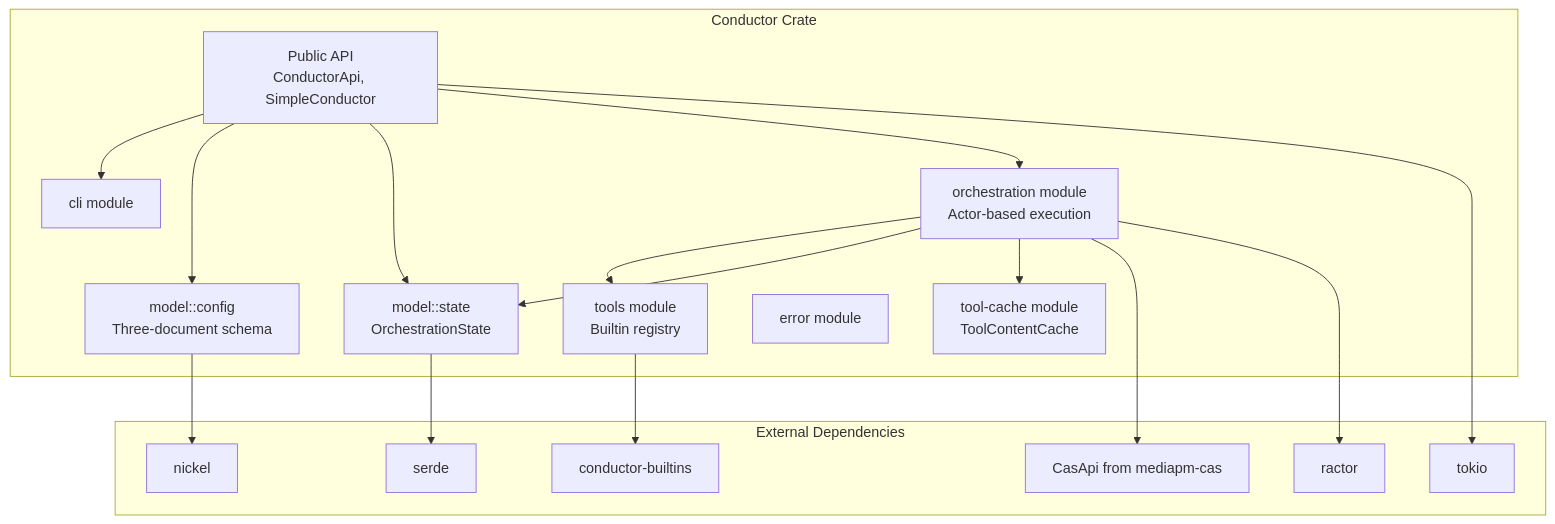
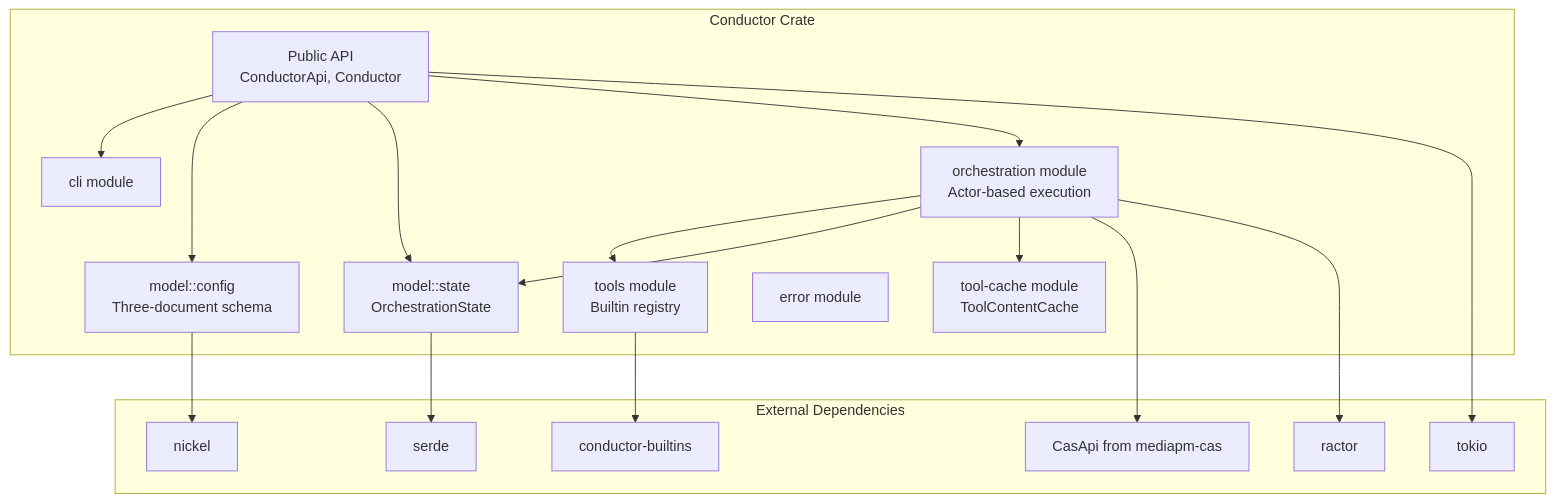
Before and after one commit to polyipseity/mediapm: the first of 2 diagrams in src/mediapm-conductor/AGENTS.md, drawn with Mermaid. The commit also changed other lines of this file and 2 other files, not shown here.

Commit message:
docs(conductor): update SimpleConductor references to Conductor

````diff
--- a/src/mediapm-conductor/AGENTS.md
+++ b/src/mediapm-conductor/AGENTS.md
@@ -1282,37 +1282,37 @@
 ```mermaid
 graph TD
     subgraph "Conductor Crate"
-        API[Public API<br/>ConductorApi, SimpleConductor]
+        API[Public API<br/>ConductorApi, Conductor]
         CLI[cli module]
         CONFIG[model::config<br/>Three-document schema]
         STATE[model::state<br/>OrchestrationState]
         ORCH[orchestration module<br/>Actor-based execution]
         TOOLS[tools module<br/>Builtin registry]
         ERROR[error module]
         TCC[tool-cache module<br/>ToolContentCache]
     end
 
     API --> CLI
     API --> CONFIG
     API --> STATE
     API --> ORCH
     ORCH --> TOOLS
     ORCH --> STATE
     ORCH --> TCC
 
     subgraph "External Dependencies"
         CAS[CasApi from mediapm-cas]
         BUILTINS[conductor-builtins]
         NICKEL[nickel]
         SERDE[serde]
         TOKIO[tokio]
         RACTOR[ractor]
     end
 
     ORCH --> CAS
     TOOLS --> BUILTINS
     CONFIG --> NICKEL
     STATE --> SERDE
     API --> TOKIO
     ORCH --> RACTOR
 ```
````
